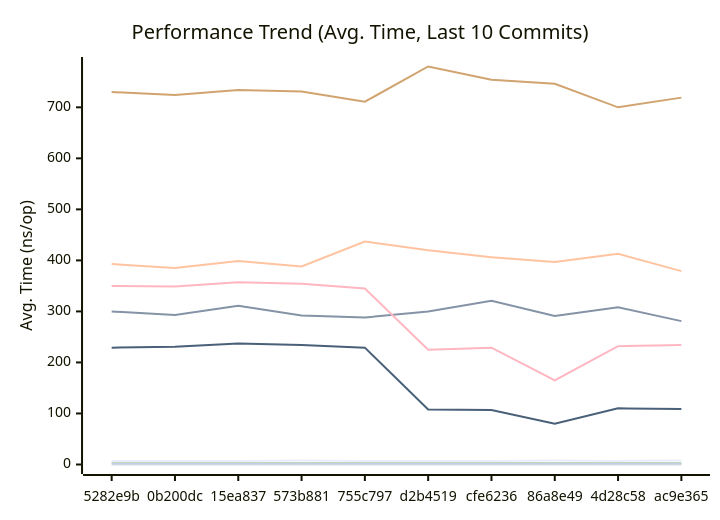
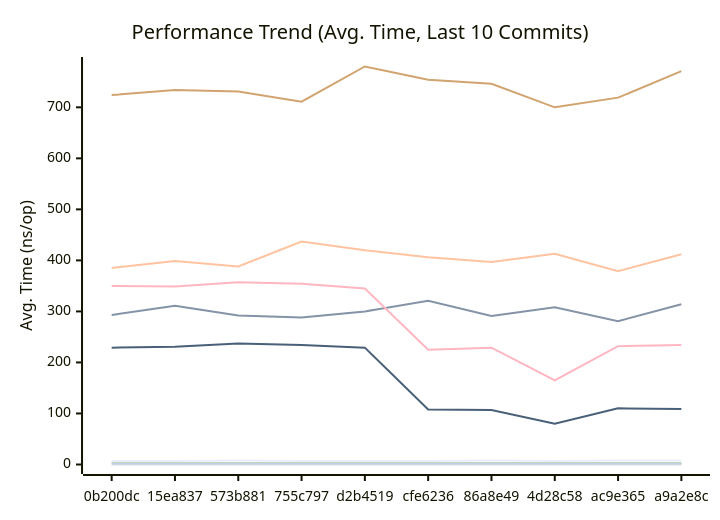
The first of 3 diagrams in docs/PERFORMANCE.md (alsotoes/momo), drawn with Mermaid before and after one commit. The commit also changed other lines of this file and 2 other files, not shown here.

````diff
--- a/docs/PERFORMANCE.md
+++ b/docs/PERFORMANCE.md
@@ -80,16 +80,16 @@
 ```mermaid
 xychart-beta
     title "Performance Trend (Avg. Time, Last 10 Commits)"
     x-axis "Commit"
     y-axis "Avg. Time (ns/op)"
-    x-axis [5282e9b,0b200dc,15ea837,573b881,755c797,d2b4519,cfe6236,86a8e49,4d28c58,ac9e365]
-    line "CheckMetricsAndSwap" [7,7,7,8,7,7,7,8,7,8]
-    line "CrushOptimized" [300,293,311,292,288,300,321,291,308,281]
-    line "CrushOriginal" [393,385,399,388,437,420,406,397,413,379]
+    x-axis [0b200dc,15ea837,573b881,755c797,d2b4519,cfe6236,86a8e49,4d28c58,ac9e365,a9a2e8c]
+    line "CheckMetricsAndSwap" [7,7,8,7,7,7,8,7,8,8]
+    line "CrushOptimized" [293,311,292,288,300,321,291,308,281,314]
+    line "CrushOriginal" [385,399,388,437,420,406,397,413,379,412]
     line "IndexDirectTracking" [0,0,0,0,0,0,0,0,0,0]
     line "IndexSearch" [3,3,3,3,3,3,3,3,3,3]
-    line "LoadGlobalConfig" [730,724,734,731,711,780,754,746,700,719]
+    line "LoadGlobalConfig" [724,734,731,711,780,754,746,700,719,771]
     line "PadString" [2,2,2,2,2,2,2,2,2,2]
     line "ParseReplicationOrder_NoPrealloc" [350,349,357,354,345,225,229,165,232,234]
     line "ParseReplicationOrder_Prealloc" [229,231,237,234,229,108,107,80,110,109]
 ```
````
